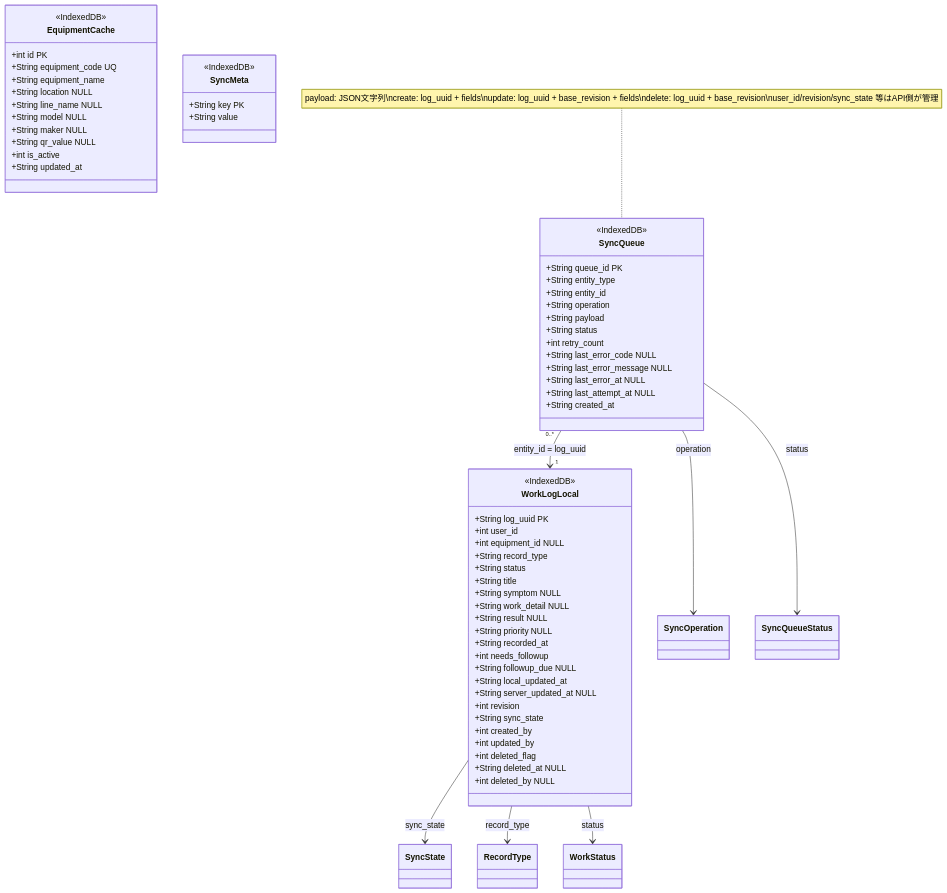
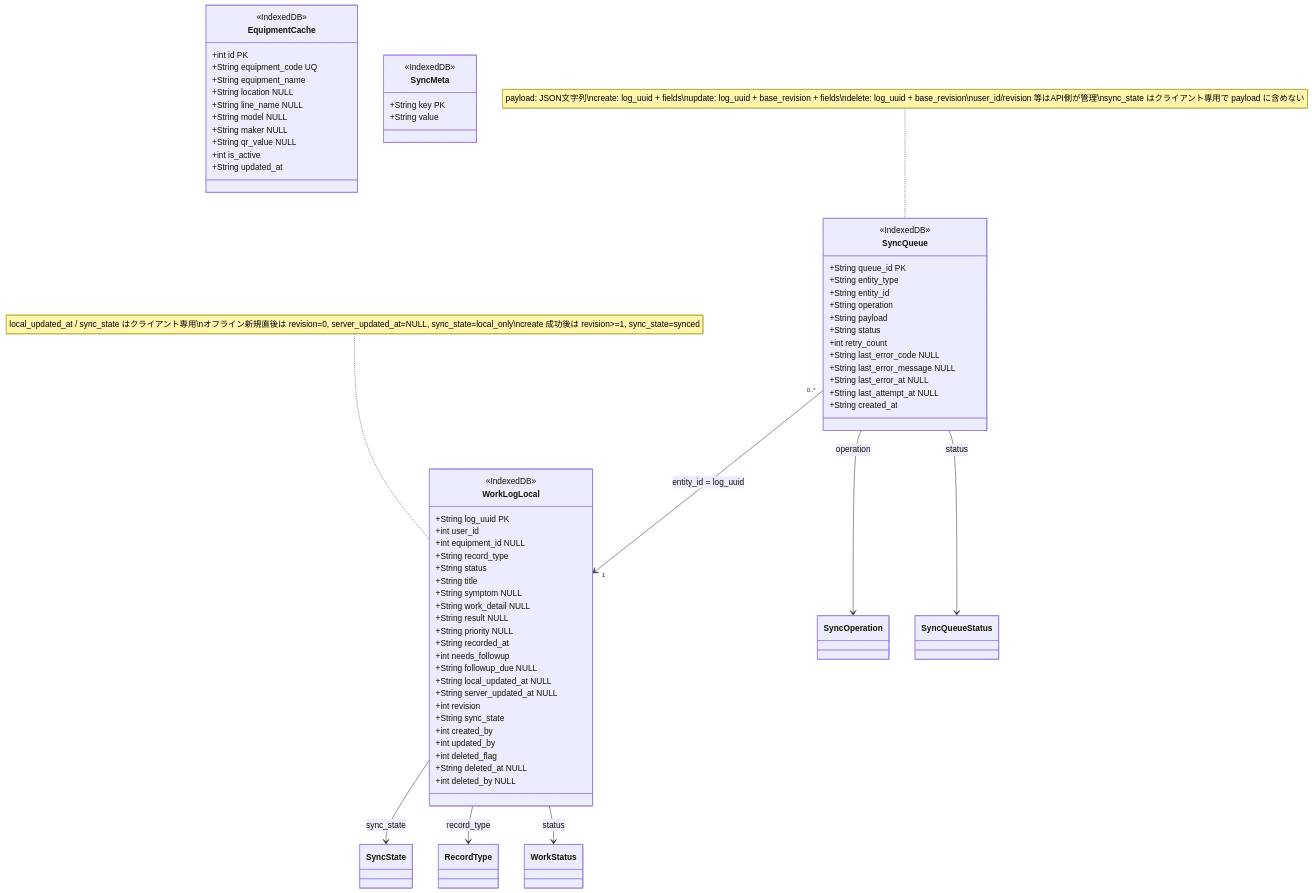
Before and after one commit to garyohosu/worklog-pwa: the fifth of 12 diagrams in CLASS.md, drawn with Mermaid. The commit also changed other lines of this file and 2 other files, not shown here.

Commit message:
docs: split worklog dto and local sync state

````diff
--- a/CLASS.md
+++ b/CLASS.md
@@ -263,73 +261,75 @@
 ```mermaid
 classDiagram
   class WorkLogLocal {
     <<IndexedDB>>
     +String log_uuid PK
     +int user_id
     +int equipment_id NULL
     +String record_type
     +String status
     +String title
     +String symptom NULL
     +String work_detail NULL
     +String result NULL
     +String priority NULL
     +String recorded_at
     +int needs_followup
     +String followup_due NULL
-    +String local_updated_at
+    +String local_updated_at NULL
     +String server_updated_at NULL
     +int revision
     +String sync_state
     +int created_by
     +int updated_by
     +int deleted_flag
     +String deleted_at NULL
     +int deleted_by NULL
   }
+
+  note for WorkLogLocal "local_updated_at / sync_state はクライアント専用\nオフライン新規直後は revision=0, server_updated_at=NULL, sync_state=local_only\ncreate 成功後は revision>=1, sync_state=synced"
 
   class EquipmentCache {
     <<IndexedDB>>
     +int id PK
     +String equipment_code UQ
     +String equipment_name
     +String location NULL
     +String line_name NULL
     +String model NULL
     +String maker NULL
     +String qr_value NULL
     +int is_active
     +String updated_at
   }
 
   class SyncQueue {
     <<IndexedDB>>
     +String queue_id PK
     +String entity_type
     +String entity_id
     +String operation
     +String payload
     +String status
     +int retry_count
     +String last_error_code NULL
     +String last_error_message NULL
     +String last_error_at NULL
     +String last_attempt_at NULL
     +String created_at
   }
 
-  note for SyncQueue "payload: JSON文字列\ncreate: log_uuid + fields\nupdate: log_uuid + base_revision + fields\ndelete: log_uuid + base_revision\nuser_id/revision/sync_state 等はAPI側が管理"
+  note for SyncQueue "payload: JSON文字列\ncreate: log_uuid + fields\nupdate: log_uuid + base_revision + fields\ndelete: log_uuid + base_revision\nuser_id/revision 等はAPI側が管理\nsync_state はクライアント専用で payload に含めない"
 
   class SyncMeta {
     <<IndexedDB>>
     +String key PK
     +String value
   }
 
   SyncQueue "0..*" --> "1" WorkLogLocal : entity_id = log_uuid
   SyncQueue --> SyncOperation : operation
   SyncQueue --> SyncQueueStatus : status
   WorkLogLocal --> SyncState : sync_state
   WorkLogLocal --> RecordType : record_type
   WorkLogLocal --> WorkStatus : status
 ```
````
